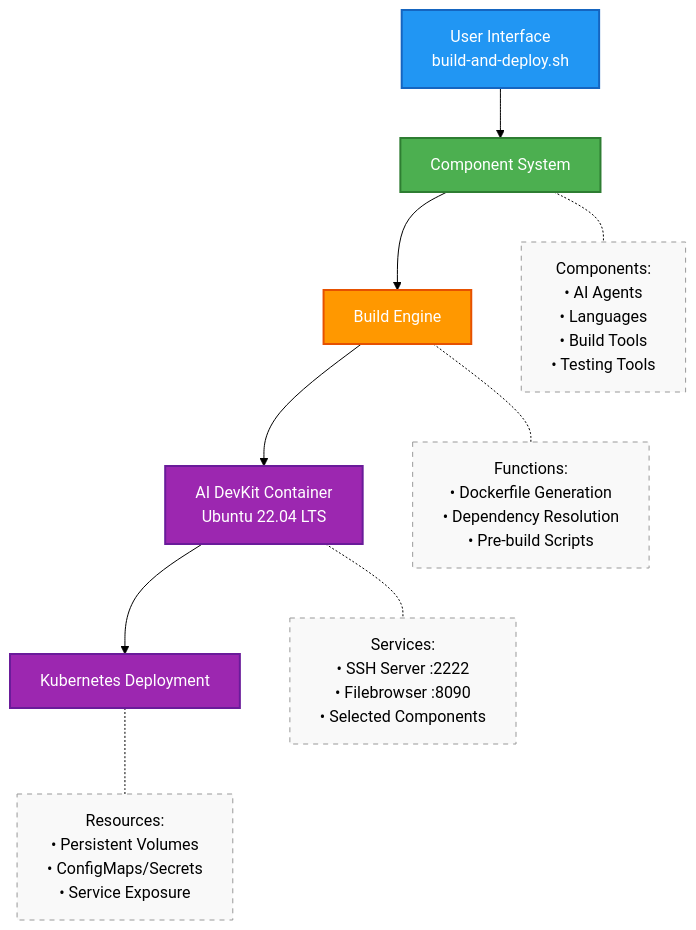
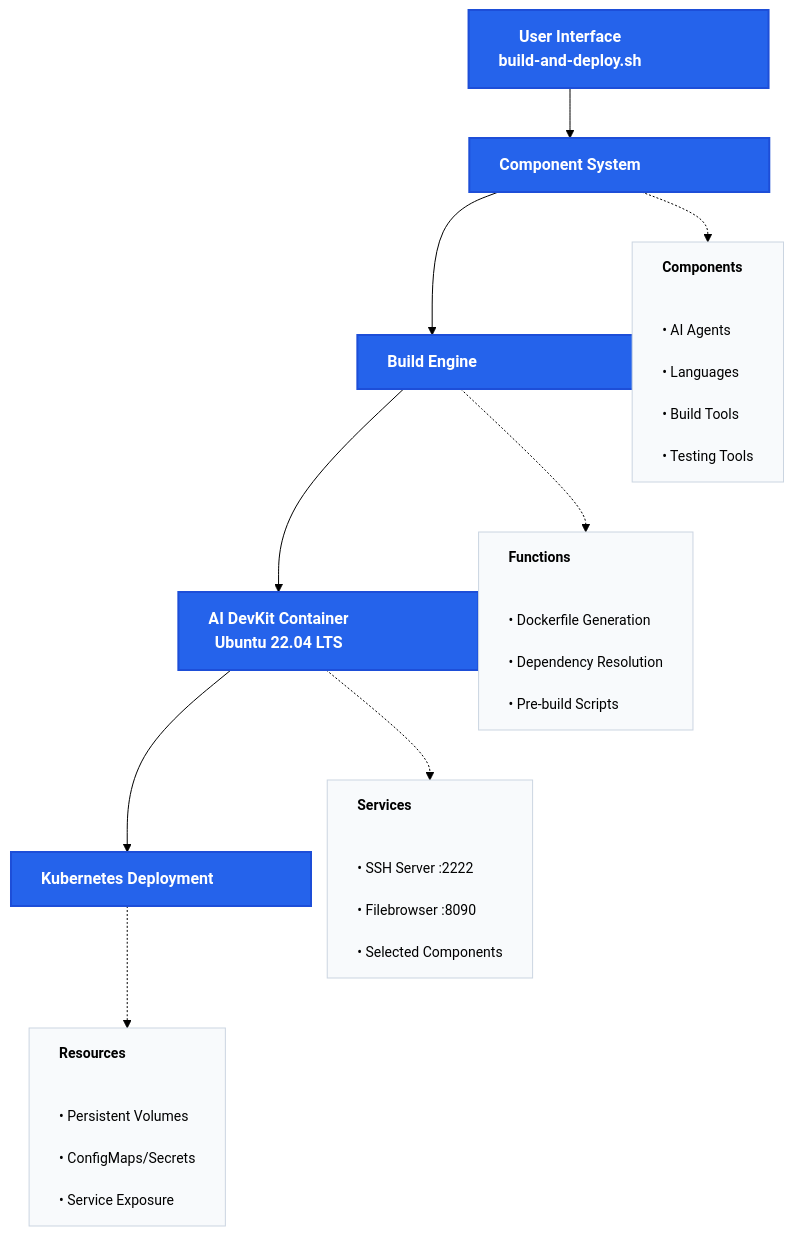
One commit to ehausig/ai-devkit-pod-configurator changed the first of 2 diagrams in docs/architecture.md. Above: the diagram before and after it, drawn with Mermaid (forest theme).

Commit message:
docs(architecture): redesign Mermaid diagram with uniform layers
- Use consistent width (300px) for all main layer boxes
- Apply single blue color scheme for better visual cohesion
- Reorganize detail boxes to align right with left-aligned bullets
- Improve text formatting with bold headers in detail boxes
- Simplify styling to create cleaner, more professional appearance

The previous diagram had inconsistent box sizes and too many colors
which made it visually cluttered. The new design creates a clear
vertical flow with uniform layers and better information hierarchy.

````diff
--- a/docs/architecture.md
+++ b/docs/architecture.md
@@ -11,47 +11,58 @@
 ```mermaid
-flowchart TD
-    %% User Interface
+flowchart TB
+    %% Main flow - all boxes same width
     UI[User Interface<br/>build-and-deploy.sh]
-    
-    %% Component System
     CS[Component System]
-    
-    %% Build Engine Components
     BE[Build Engine]
-    
-    %% Container & Deployment
-    Container[AI DevKit Container<br/>Ubuntu 22.04 LTS]
+    CO[AI DevKit Container<br/>Ubuntu 22.04 LTS]
     K8S[Kubernetes Deployment]
     
-    %% Connections
+    %% Main connections
     UI --> CS
     CS --> BE
-    BE --> Container
-    Container --> K8S
+    BE --> CO
+    CO --> K8S
     
-    %% Component Details
-    CS -.- CompDetails[Components:<br/>• AI Agents<br/>• Languages<br/>• Build Tools<br/>• Testing Tools]
+    %% Detail boxes aligned to the right
+    CompList["<b>Components</b><br/><br/>
+    • AI Agents<br/>
+    • Languages<br/>
+    • Build Tools<br/>
+    • Testing Tools"]
     
-    %% Build Engine Details
-    BE -.- BuildDetails[Functions:<br/>• Dockerfile Generation<br/>• Dependency Resolution<br/>• Pre-build Scripts]
+    BuildList["<b>Functions</b><br/><br/>
+    • Dockerfile Generation<br/>
+    • Dependency Resolution<br/>
+    • Pre-build Scripts"]
     
-    %% Container Details
-    Container -.- ContainerDetails[Services:<br/>• SSH Server :2222<br/>• Filebrowser :8090<br/>• Selected Components]
+    ServiceList["<b>Services</b><br/><br/>
+    • SSH Server :2222<br/>
+    • Filebrowser :8090<br/>
+    • Selected Components"]
     
-    %% Kubernetes Details
-    K8S -.- K8SDetails[Resources:<br/>• Persistent Volumes<br/>• ConfigMaps/Secrets<br/>• Service Exposure]
+    K8SList["<b>Resources</b><br/><br/>
+    • Persistent Volumes<br/>
+    • ConfigMaps/Secrets<br/>
+    • Service Exposure"]
     
-    %% Styling
-    classDef primary fill:#2196F3,stroke:#1565C0,stroke-width:2px,color:#fff
-    classDef secondary fill:#4CAF50,stroke:#2E7D32,stroke-width:2px,color:#fff
-    classDef tertiary fill:#FF9800,stroke:#E65100,stroke-width:2px,color:#fff
-    classDef quaternary fill:#9C27B0,stroke:#6A1B9A,stroke-width:2px,color:#fff
-    classDef details fill:#f9f9f9,stroke:#999,stroke-width:1px,stroke-dasharray: 5 5
+    %% Positioning detail boxes to the right
+    CS -.-> CompList
+    BE -.-> BuildList
+    CO -.-> ServiceList
+    K8S -.-> K8SList
     
-    class UI primary
-    class CS secondary
-    class BE tertiary
-    class Container quaternary
-    class K8S quaternary
-    class CompDetails,BuildDetails,ContainerDetails,K8SDetails details
+    %% Styling for consistent appearance
+    classDef mainBox fill:#2563eb,stroke:#1d4ed8,stroke-width:2px,color:#fff,font-weight:bold
+    classDef detailBox fill:#f8fafc,stroke:#cbd5e1,stroke-width:1px,text-align:left,font-size:14px
+    
+    %% Apply styles
+    class UI,CS,BE,CO,K8S mainBox
+    class CompList,BuildList,ServiceList,K8SList detailBox
+    
+    %% Force same width for main boxes
+    style UI width:300px
+    style CS width:300px
+    style BE width:300px
+    style CO width:300px
+    style K8S width:300px
 ```
````
